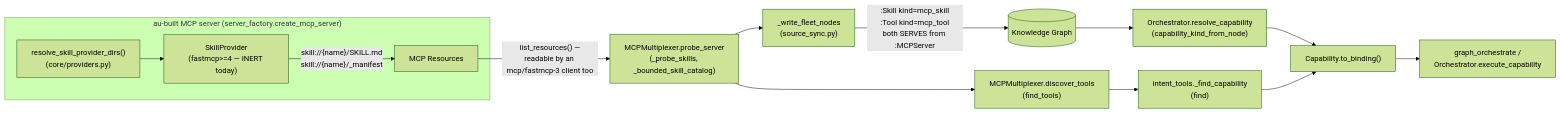
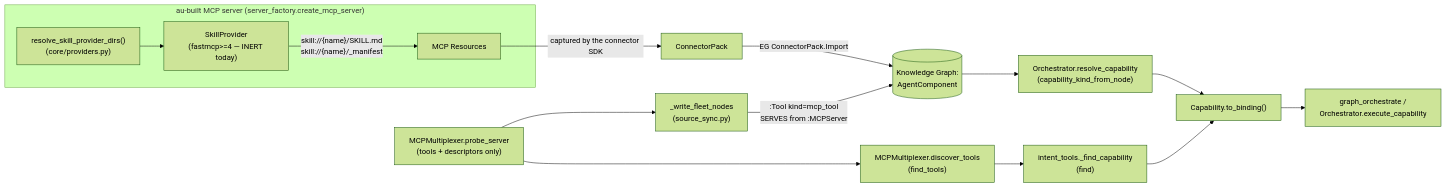
One commit to Knuckles-Team/agent-utilities changed the diagram in docs/architecture/skills_over_mcp.md. Above: the diagram before and after it, drawn with Mermaid (forest theme). The commit also changed other lines of this file and 23 other files, not shown here.

````diff
--- a/docs/architecture/skills_over_mcp.md
+++ b/docs/architecture/skills_over_mcp.md
@@ -18,19 +18,20 @@
 ```mermaid
 flowchart LR
     subgraph Server["au-built MCP server (server_factory.create_mcp_server)"]
         SkillDirs["resolve_skill_provider_dirs()\n(core/providers.py)"] --> SkillProvider["SkillProvider\n(fastmcp>=4 — INERT today)"]
         SkillProvider -->|"skill://{name}/SKILL.md\nskill://{name}/_manifest"| Resources[MCP Resources]
     end
 
-    Resources -->|"list_resources() —\nreadable by an mcp/fastmcp-3 client too"| Probe["MCPMultiplexer.probe_server\n(_probe_skills, _bounded_skill_catalog)"]
-    Probe --> WriteNodes["_write_fleet_nodes\n(source_sync.py)"]
-    WriteNodes -->|":Skill kind=mcp_skill\n:Tool kind=mcp_tool\nboth SERVES from :MCPServer"| KG[(Knowledge Graph)]
+    Resources -->|"captured by the connector SDK"| Pack["ConnectorPack"]
+    Pack -->|"EG ConnectorPack.Import"| KG[(Knowledge Graph:\nAgentComponent)]
+    Probe["MCPMultiplexer.probe_server\n(tools + descriptors only)"] --> WriteNodes["_write_fleet_nodes\n(source_sync.py)"]
+    WriteNodes -->|":Tool kind=mcp_tool\nSERVES from :MCPServer"| KG
 
     KG --> Resolve["Orchestrator.resolve_capability\n(capability_kind_from_node)"]
     Probe --> Discover["MCPMultiplexer.discover_tools\n(find_tools)"]
     Discover --> Find["intent_tools._find_capability\n(find)"]
 
     Resolve --> Bind["Capability.to_binding()"]
     Find --> Bind
     Bind --> Orchestrate["graph_orchestrate /\nOrchestrator.execute_capability"]
 ```
````
